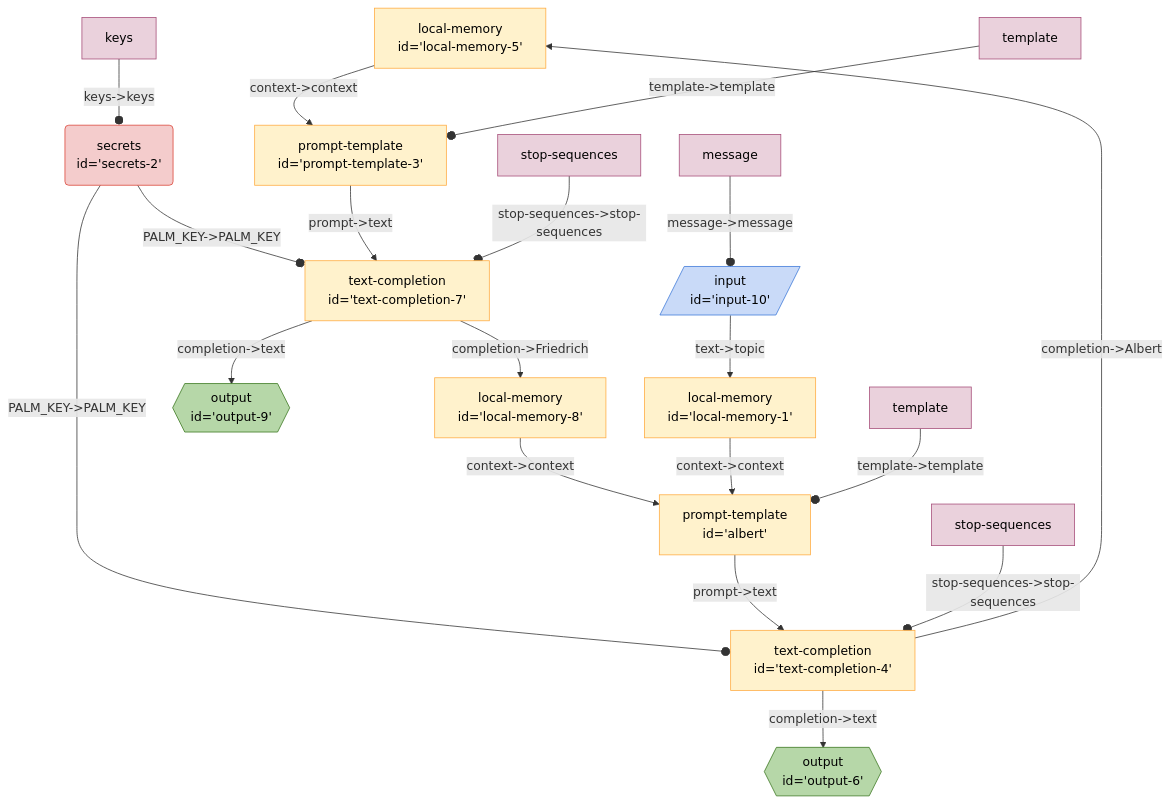
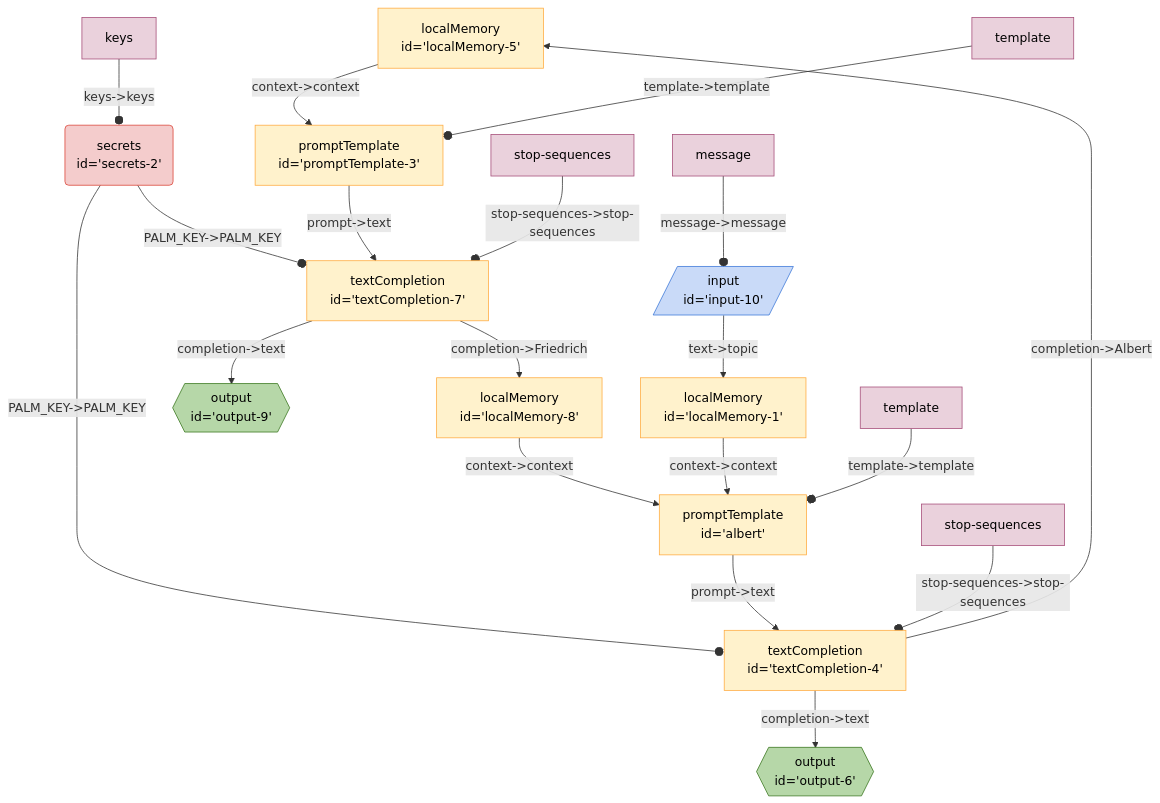
The diagram in seeds/graph-playground/docs/graphs/endless-debate.md (breadboard-ai/breadboard), drawn with Mermaid before and after one commit. The commit also changed 41 other files, not shown here.

````diff
--- a/seeds/graph-playground/docs/graphs/endless-debate.md
+++ b/seeds/graph-playground/docs/graphs/endless-debate.md
@@ -5,54 +5,54 @@
   ```mermaid
   %%{init: 'themeVariables': { 'fontFamily': 'Fira Code, monospace' }}%%
 graph TD;
-localmemory5["local-memory
-id='local-memory-5'"] -- "context->context" --> prompttemplate3["prompt-template
-id='prompt-template-3'"]
-textcompletion4["text-completion
-id='text-completion-4'"] -- "completion->Albert" --> localmemory5["local-memory
-id='local-memory-5'"]
-textcompletion4["text-completion
-id='text-completion-4'"] -- "completion->text" --> output6{{"output
+localMemory5["localMemory
+id='localMemory-5'"] -- "context->context" --> promptTemplate3["promptTemplate
+id='promptTemplate-3'"]
+textCompletion4["textCompletion
+id='textCompletion-4'"] -- "completion->Albert" --> localMemory5["localMemory
+id='localMemory-5'"]
+textCompletion4["textCompletion
+id='textCompletion-4'"] -- "completion->text" --> output6{{"output
 id='output-6'"}}:::output
 secrets2("secrets
-id='secrets-2'"):::secrets -- "PALM_KEY->PALM_KEY" --o textcompletion4["text-completion
-id='text-completion-4'"]
-albert["prompt-template
-id='albert'"] -- "prompt->text" --> textcompletion4["text-completion
-id='text-completion-4'"]
-localmemory8["local-memory
-id='local-memory-8'"] -- "context->context" --> albert["prompt-template
+id='secrets-2'"):::secrets -- "PALM_KEY->PALM_KEY" --o textCompletion4["textCompletion
+id='textCompletion-4'"]
+albert["promptTemplate
+id='albert'"] -- "prompt->text" --> textCompletion4["textCompletion
+id='textCompletion-4'"]
+localMemory8["localMemory
+id='localMemory-8'"] -- "context->context" --> albert["promptTemplate
 id='albert'"]
-textcompletion7["text-completion
-id='text-completion-7'"] -- "completion->Friedrich" --> localmemory8["local-memory
-id='local-memory-8'"]
-textcompletion7["text-completion
-id='text-completion-7'"] -- "completion->text" --> output9{{"output
+textCompletion7["textCompletion
+id='textCompletion-7'"] -- "completion->Friedrich" --> localMemory8["localMemory
+id='localMemory-8'"]
+textCompletion7["textCompletion
+id='textCompletion-7'"] -- "completion->text" --> output9{{"output
 id='output-9'"}}:::output
 secrets2("secrets
-id='secrets-2'"):::secrets -- "PALM_KEY->PALM_KEY" --o textcompletion7["text-completion
-id='text-completion-7'"]
-prompttemplate3["prompt-template
-id='prompt-template-3'"] -- "prompt->text" --> textcompletion7["text-completion
-id='text-completion-7'"]
-localmemory1["local-memory
-id='local-memory-1'"] -- "context->context" --> albert["prompt-template
+id='secrets-2'"):::secrets -- "PALM_KEY->PALM_KEY" --o textCompletion7["textCompletion
+id='textCompletion-7'"]
+promptTemplate3["promptTemplate
+id='promptTemplate-3'"] -- "prompt->text" --> textCompletion7["textCompletion
+id='textCompletion-7'"]
+localMemory1["localMemory
+id='localMemory-1'"] -- "context->context" --> albert["promptTemplate
 id='albert'"]
 input10[/"input
-id='input-10'"/]:::input -- "text->topic" --> localmemory1["local-memory
-id='local-memory-1'"]
+id='input-10'"/]:::input -- "text->topic" --> localMemory1["localMemory
+id='localMemory-1'"]
 keyssecrets2[keys]:::config -- "keys->keys" --o secrets2
-templateprompttemplate3[template]:::config -- "template->template" --o prompttemplate3
+templatepromptTemplate3[template]:::config -- "template->template" --o promptTemplate3
 templatealbert[template]:::config -- "template->template" --o albert
-stopsequencestextcompletion4[stop-sequences]:::config -- "stop-sequences->stop-sequences" --o textcompletion4
-stopsequencestextcompletion7[stop-sequences]:::config -- "stop-sequences->stop-sequences" --o textcompletion7
+stopsequencestextCompletion4[stop-sequences]:::config -- "stop-sequences->stop-sequences" --o textCompletion4
+stopsequencestextCompletion7[stop-sequences]:::config -- "stop-sequences->stop-sequences" --o textCompletion7
 messageinput10[message]:::config -- "message->message" --o input10
 classDef default stroke:#ffab40,fill:#fff2ccff,color:#000
 classDef input stroke:#3c78d8,fill:#c9daf8ff,color:#000
 classDef output stroke:#38761d,fill:#b6d7a8ff,color:#000
 classDef passthrough stroke:#a64d79,fill:#ead1dcff,color:#000
 classDef slot stroke:#a64d79,fill:#ead1dcff,color:#000
 classDef config stroke:#a64d79,fill:#ead1dcff,color:#000
 classDef secrets stroke:#db4437,fill:#f4cccc,color:#000
 classDef slotted stroke:#a64d79
   ```
````
